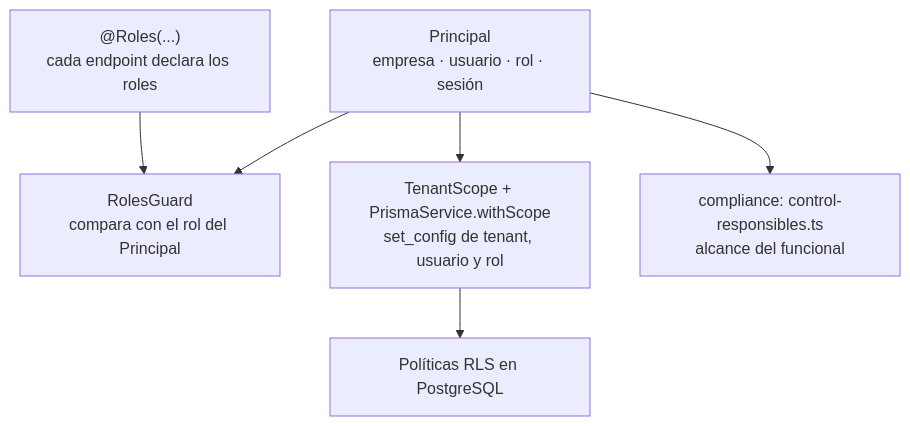
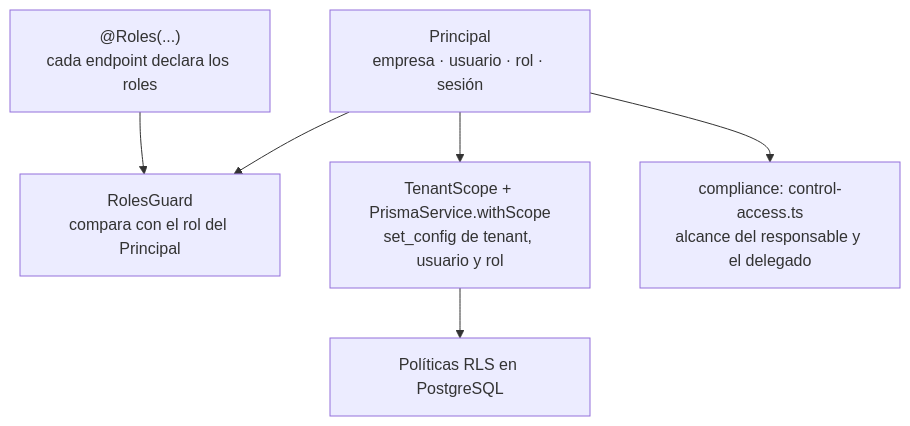
One commit to Monkey-GRC/Monkey-Brain-IA changed the second of 2 diagrams in skills/product/monkey-compliance-council/references/arquitectura/roles-permisos/01-c4.md. Above: the diagram before and after it, drawn with Mermaid. The commit also changed other lines of this file and 39 other files, not shown here.

First line of the commit message:
docs(brain): D102 y D103, cadena responsable/delegado, cupo de usuarios y plan del sprint 3

````diff
--- a/skills/product/monkey-compliance-council/references/arquitectura/roles-permisos/01-c4.md
+++ b/skills/product/monkey-compliance-council/references/arquitectura/roles-permisos/01-c4.md
@@ -20,13 +20,13 @@
 ```mermaid
 flowchart TB
     dec["@Roles(...)<br/>cada endpoint declara los roles"]
     rg["RolesGuard<br/>compara con el rol del Principal"]
     pr["Principal<br/>empresa · usuario · rol · sesión"]
     ts["TenantScope + PrismaService.withScope<br/>set_config de tenant, usuario y rol"]
     rls["Políticas RLS en PostgreSQL"]
-    cr["compliance: control-responsibles.ts<br/>alcance del funcional"]
+    cr["compliance: control-access.ts<br/>alcance del responsable y el delegado"]
     pr --> rg
     dec --> rg
     pr --> ts --> rls
     pr --> cr
 ```
````
